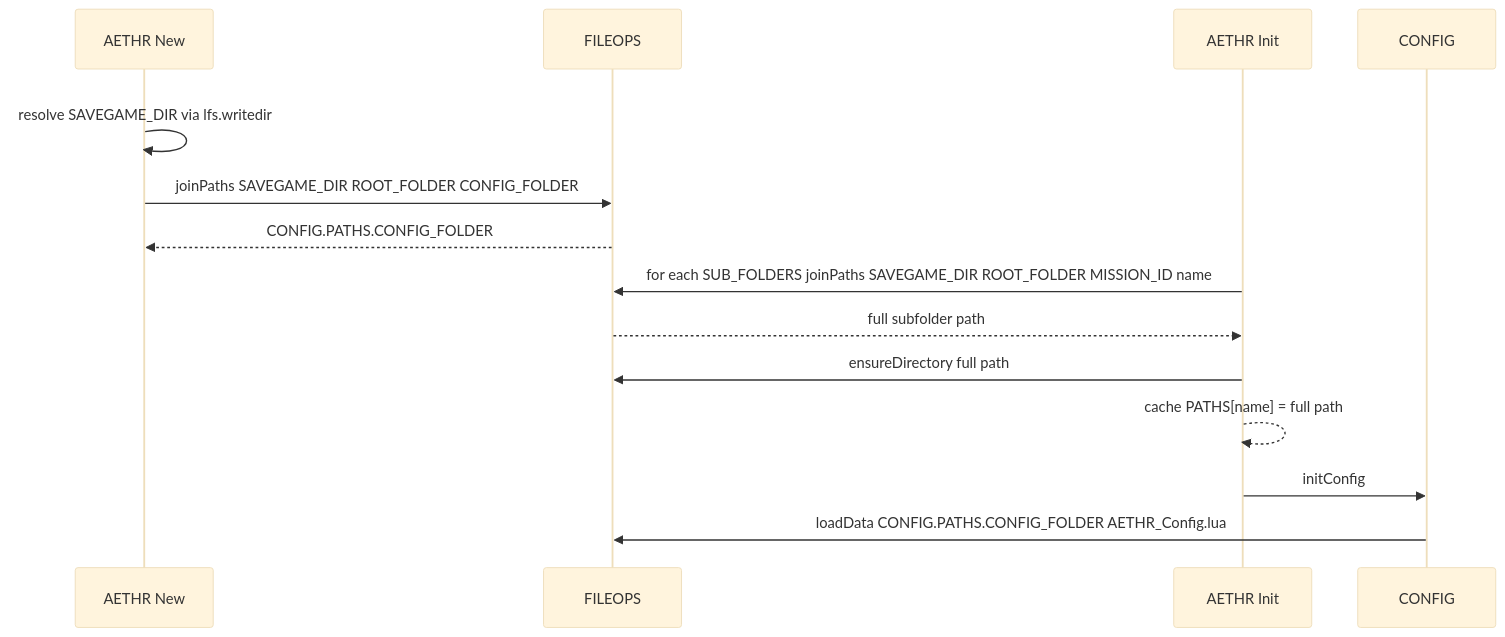
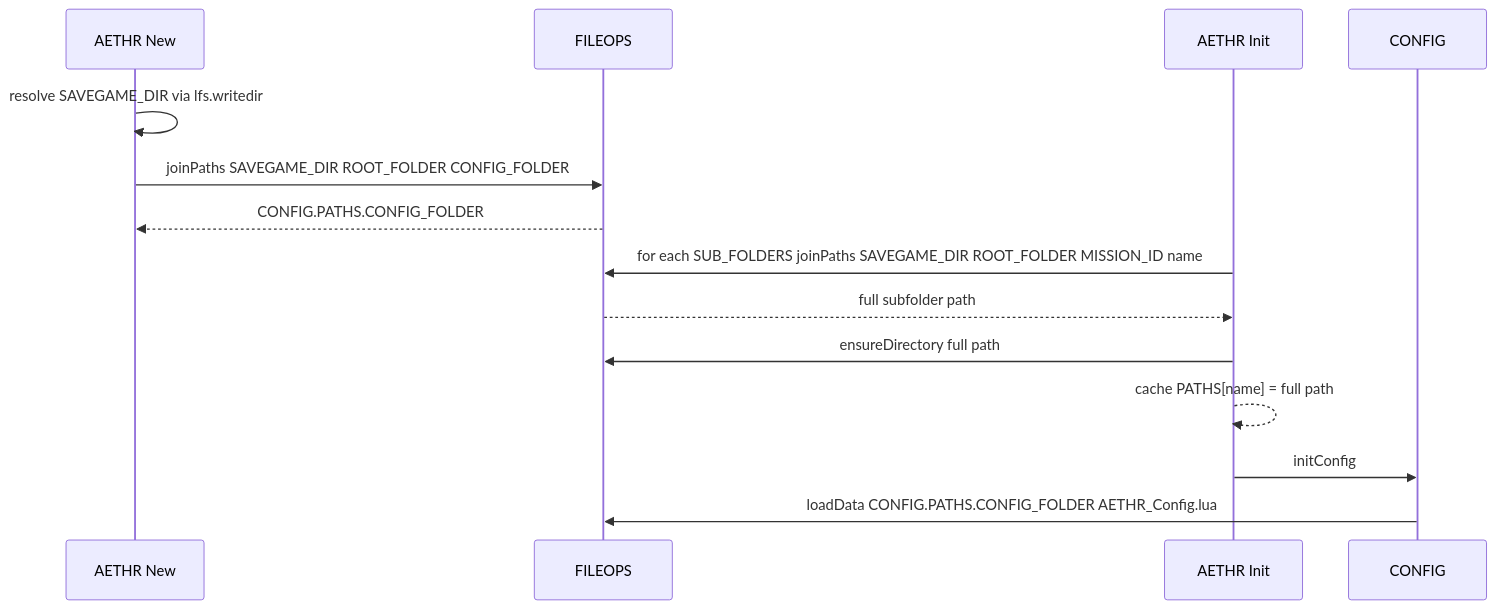
One commit to Gh0st352/AETHR changed the second of 3 diagrams in docs/config/paths_and_filenames.md. Above: the diagram before and after it, drawn with Mermaid. The commit also changed other lines of this file and 20 other files, not shown here.

First line of the commit message:
docs: unify mermaid themes and clarify module graphs

````diff
--- a/docs/config/paths_and_filenames.md
+++ b/docs/config/paths_and_filenames.md
@@ -44,19 +42,17 @@
 ```mermaid
-%%{init: {"theme":"base"}}%%
+%% shared theme: docs/_mermaid/theme.json %%
 sequenceDiagram
-  rect rgba(255,255,255,0.75)
   participant N as AETHR New
   participant F as FILEOPS
   participant I as AETHR Init
   participant C as CONFIG
   N->>N: resolve SAVEGAME_DIR via lfs.writedir
   N->>F: joinPaths SAVEGAME_DIR ROOT_FOLDER CONFIG_FOLDER
   F-->>N: CONFIG.PATHS.CONFIG_FOLDER
   I->>F: for each SUB_FOLDERS joinPaths SAVEGAME_DIR ROOT_FOLDER MISSION_ID name
   F-->>I: full subfolder path
   I->>F: ensureDirectory full path
   I-->>I: cache PATHS[name] = full path
   I->>C: initConfig
   C->>F: loadData CONFIG.PATHS.CONFIG_FOLDER AETHR_Config.lua
-  end
 ```
````
